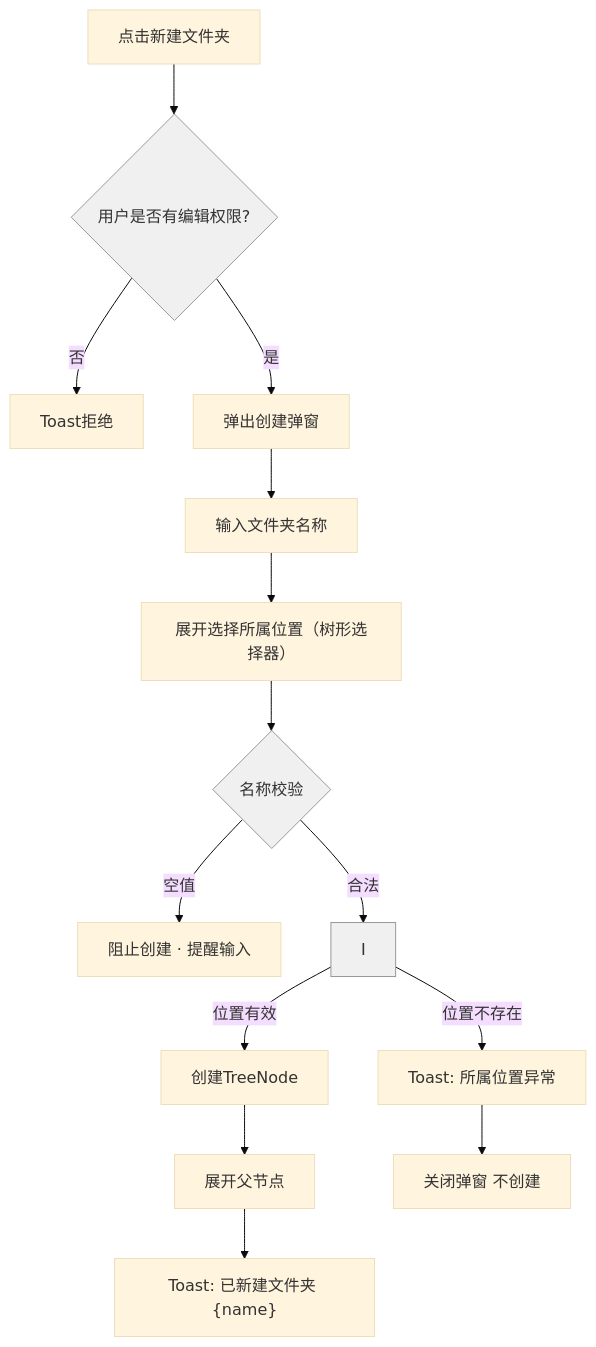
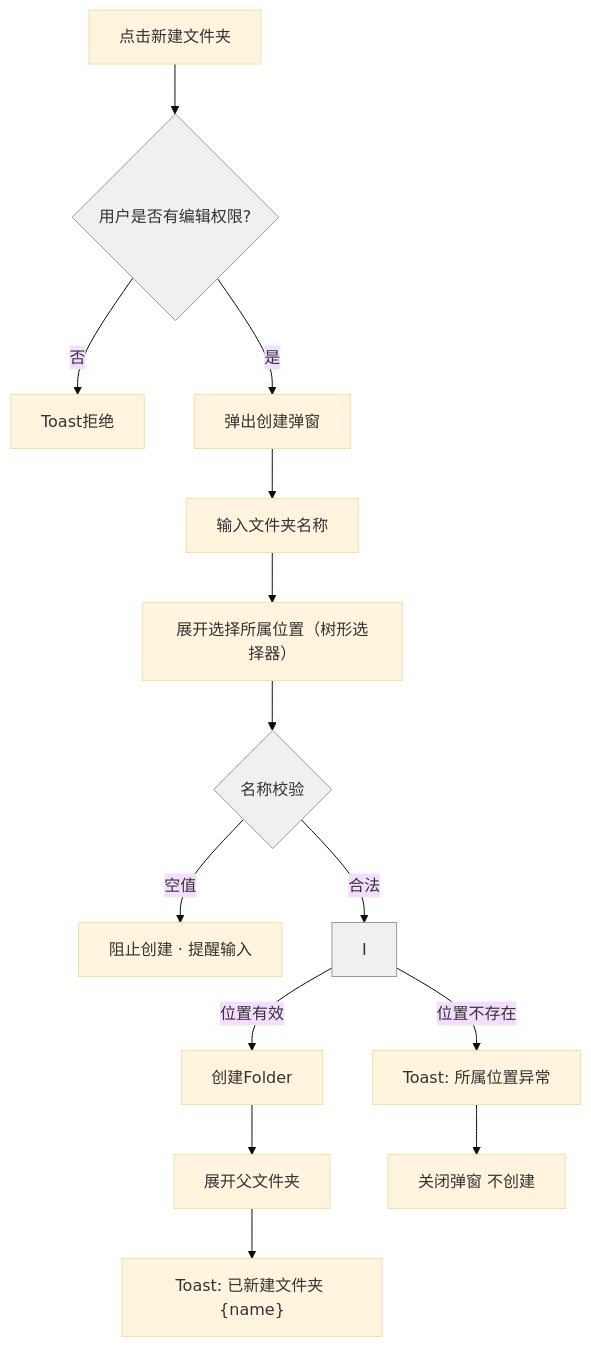
One commit to fri555/PORTL changed the sixth of 14 diagrams in docs/需求文档/20260703-【PRD】AI工作台-知识中心-天马智擎项目.md. Above: the diagram before and after it, drawn with Mermaid (base theme). The commit also changed other lines of this file and 26 other files, not shown here.

````diff
--- a/docs/需求文档/20260703-【PRD】AI工作台-知识中心-天马智擎项目.md
+++ b/docs/需求文档/20260703-【PRD】AI工作台-知识中心-天马智擎项目.md
@@ -719,22 +739,22 @@
 ```mermaid
 flowchart TD
     A["点击新建文件夹"] --> B{"用户是否有编辑权限?"}
     B -->|"否"| C["Toast拒绝"]
     B -->|"是"| D["弹出创建弹窗"]
 
     D --> E["输入文件夹名称"]
     E --> F["展开选择所属位置（树形选择器）"]
     F --> G{"名称校验"}
     G -->|"空值"| H["阻止创建 · 提醒输入"]
     G -->|"合法"| I
-    I -->|"位置有效"| J["创建TreeNode"]
-    J --> K["展开父节点"]
+    I -->|"位置有效"| J["创建Folder"]
+    J --> K["展开父文件夹"]
     K --> L["Toast: 已新建文件夹 {name}"]
     I -->|"位置不存在"| M["Toast: 所属位置异常"]
     M --> N["关闭弹窗 不创建"]
 
     style B fill:#f0f0f0,stroke:#999
     style G fill:#f0f0f0,stroke:#999
     style I fill:#f0f0f0,stroke:#999
 
 ```
````
